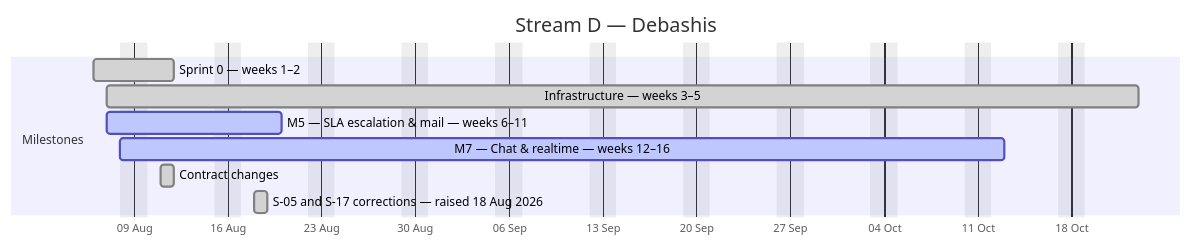
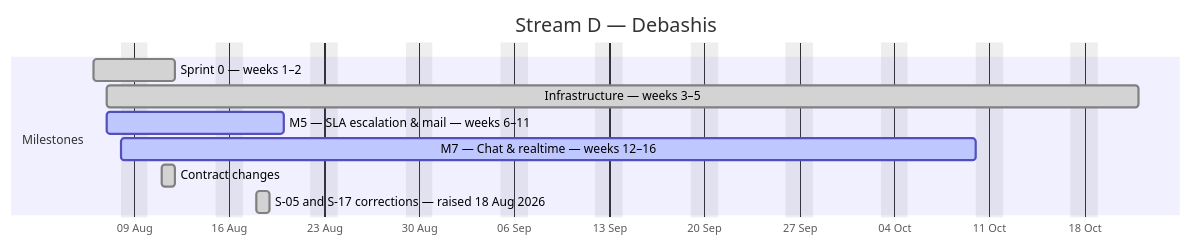
The fourth of 4 diagrams in docs/plan/GANTT.md (debashisedunext/EduTrack), drawn with Mermaid before and after one commit. The commit also changed other lines of this file and 3 other files, not shown here.

````diff
--- a/docs/plan/GANTT.md
+++ b/docs/plan/GANTT.md
@@ -152,14 +151,14 @@
 ```mermaid
 gantt
     dateFormat YYYY-MM-DD
     axisFormat %d %b
     title Stream D — Debashis
     excludes weekends
     section Milestones
     Sprint 0 — weeks 1–2 :done, d0, 2026-08-06, 4d
-    Infrastructure — weeks 3–5 :done, d1, 2026-08-07, 55d
+    Infrastructure — weeks 3–5 :done, d1, 2026-08-07, 54d
     M5 — SLA  escalation & mail — weeks 6–11 :active, d2, 2026-08-07, 9d
-    M7 — Chat & realtime — weeks 12–16 :active, d3, 2026-08-08, 47d
+    M7 — Chat & realtime — weeks 12–16 :active, d3, 2026-08-08, 46d
     Contract changes :done, d4, 2026-08-11, 1d
     S-05 and S-17 corrections — raised 18 Aug 2026 :done, d5, 2026-08-18, 1d
 ```
````
